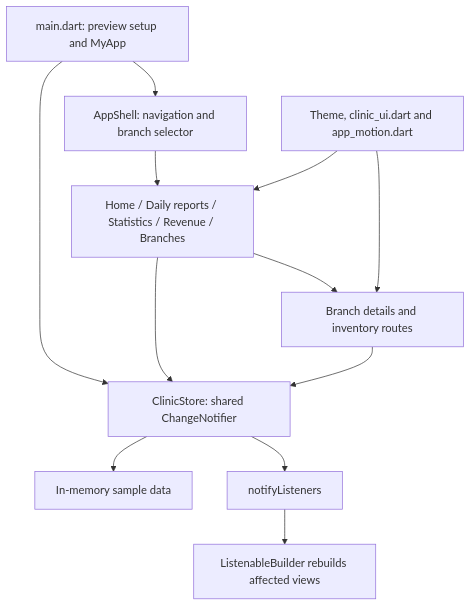
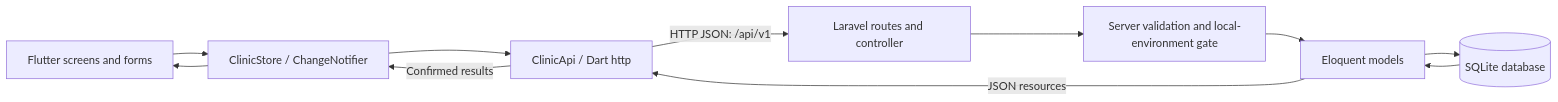
Before and after one commit to elijahdelmundo/veritas_prototype-0.1: the diagram in ARCHITECTURE.md, drawn with Mermaid. The commit also changed other lines of this file and 239 other files, not shown here.

Commit message:
Connect Flutter frontend to Laravel REST API and persistent clinic data

````diff
--- a/ARCHITECTURE.md
+++ b/ARCHITECTURE.md
@@ -18,14 +18,13 @@
 ```mermaid
-flowchart TD
-    Entry["main.dart: preview setup and MyApp"] --> Shell["AppShell: navigation and branch selector"]
-    Entry --> Store["ClinicStore: shared ChangeNotifier"]
-    Shell --> Pages["Home / Daily reports / Statistics / Revenue / Branches"]
-    Pages --> Detail["Branch details and inventory routes"]
-    Pages --> Store
-    Detail --> Store
-    Store --> Data["In-memory sample data"]
-    Store --> Notify["notifyListeners"]
-    Notify --> UI["ListenableBuilder rebuilds affected views"]
-    Theme["Theme, clinic_ui.dart and app_motion.dart"] --> Pages
-    Theme --> Detail
+flowchart LR
+    UI["Flutter screens and forms"] --> Store["ClinicStore / ChangeNotifier"]
+    Store --> HTTP["ClinicApi / Dart http"]
+    HTTP -- "HTTP JSON: /api/v1" --> API["Laravel routes and controller"]
+    API --> Validation["Server validation and local-environment gate"]
+    Validation --> Models["Eloquent models"]
+    Models --> DB[("SQLite database")]
+    DB --> Models
+    Models -- "JSON resources" --> HTTP
+    HTTP -- "Confirmed results" --> Store
+    Store --> UI
 ```
````
